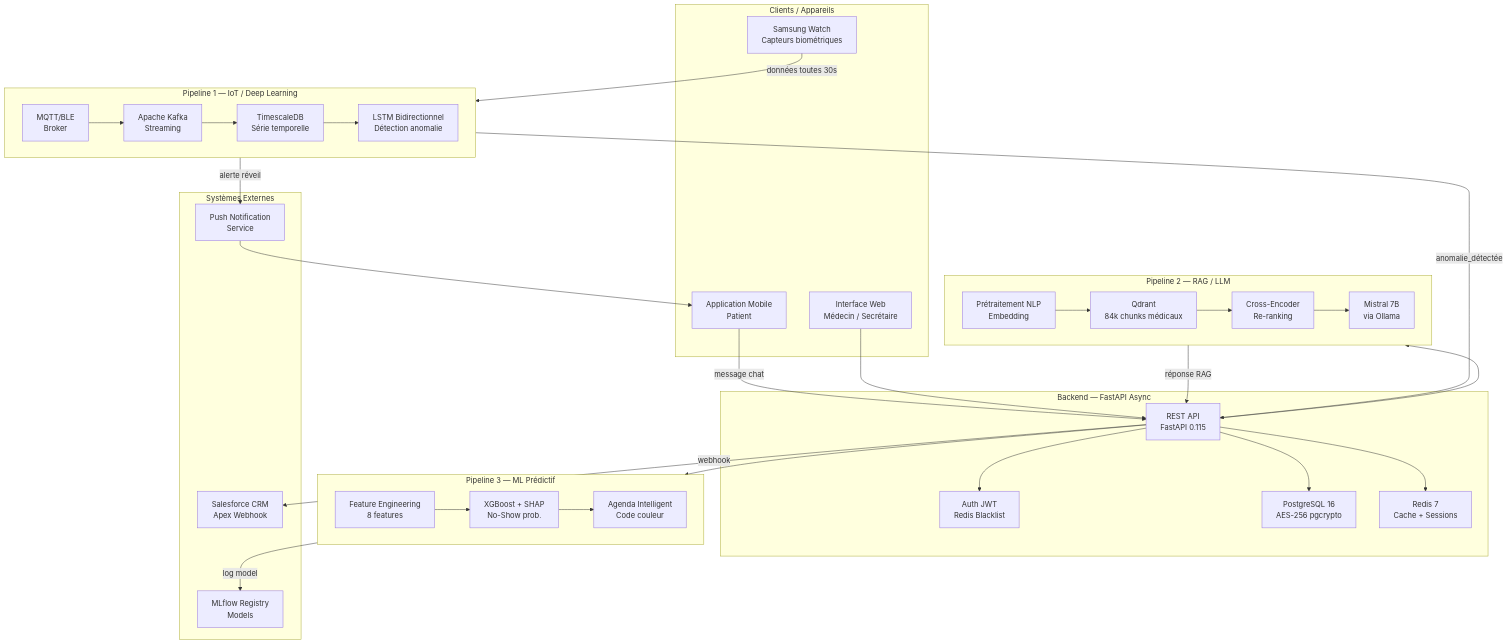
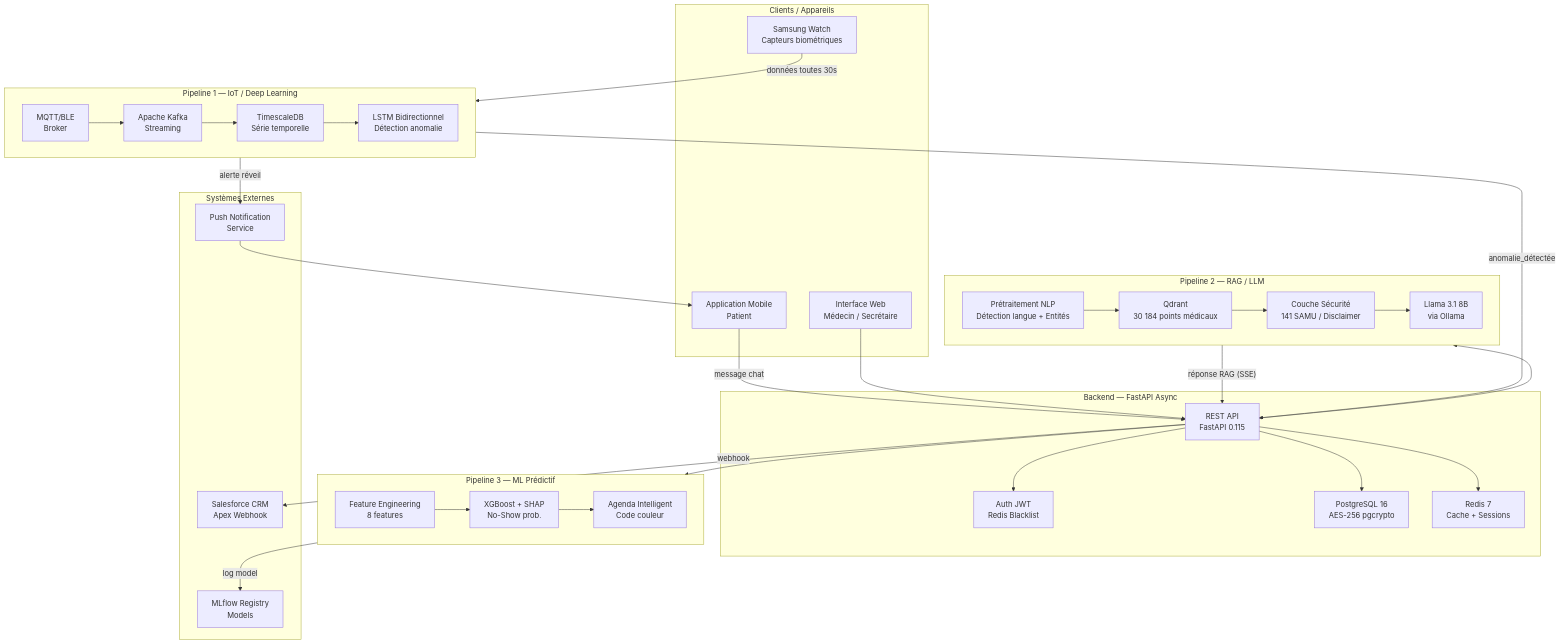
One commit to Boussyf0/MediSense-AI changed the first of 32 diagrams in docs/DIAGRAMMES.md. Above: the diagram before and after it, drawn with Mermaid. The commit also changed other lines of this file and 17 other files, not shown here.

````diff
--- a/docs/DIAGRAMMES.md
+++ b/docs/DIAGRAMMES.md
@@ -62,62 +62,62 @@
 ```mermaid
 flowchart TB
     subgraph Clients["Clients / Appareils"]
         WATCH["Samsung Watch<br/>Capteurs biométriques"]
         APP["Application Mobile<br/>Patient"]
         WEB["Interface Web<br/>Médecin / Secrétaire"]
     end
 
     subgraph P1["Pipeline 1 — IoT / Deep Learning"]
         direction LR
         MQTT["MQTT/BLE<br/>Broker"]
         KAFKA["Apache Kafka<br/>Streaming"]
         TS["TimescaleDB<br/>Série temporelle"]
         LSTM["LSTM Bidirectionnel<br/>Détection anomalie"]
     end
 
     subgraph P2["Pipeline 2 — RAG / LLM"]
         direction LR
-        NLP["Prétraitement NLP<br/>Embedding"]
-        QDRANT["Qdrant<br/>84k chunks médicaux"]
-        CE["Cross-Encoder<br/>Re-ranking"]
-        MISTRAL["Mistral 7B<br/>via Ollama"]
+        NLP["Prétraitement NLP<br/>Détection langue + Entités"]
+        QDRANT["Qdrant<br/>30 184 points médicaux"]
+        SAFETY["Couche Sécurité<br/>141 SAMU / Disclaimer"]
+        LLAMA["Llama 3.1 8B<br/>via Ollama"]
     end
 
     subgraph P3["Pipeline 3 — ML Prédictif"]
         direction LR
         FE["Feature Engineering<br/>8 features"]
         XGB["XGBoost + SHAP<br/>No-Show prob."]
         AGENDA["Agenda Intelligent<br/>Code couleur"]
     end
 
     subgraph Backend["Backend — FastAPI Async"]
         API["REST API<br/>FastAPI 0.115"]
         AUTH["Auth JWT<br/>Redis Blacklist"]
         DB["PostgreSQL 16<br/>AES-256 pgcrypto"]
         REDIS["Redis 7<br/>Cache + Sessions"]
     end
 
     subgraph Externe["Systèmes Externes"]
         SF["Salesforce CRM<br/>Apex Webhook"]
         PUSH["Push Notification<br/>Service"]
         MLFLOW["MLflow Registry<br/>Models"]
     end
 
     WATCH -->|"données toutes 30s"| MQTT
     MQTT --> KAFKA --> TS --> LSTM
     LSTM -->|"anomalie_détectée"| API
     LSTM -->|"alerte réveil"| PUSH
     PUSH --> APP
 
     APP -->|"message chat"| API
-    API --> NLP --> QDRANT --> CE --> MISTRAL
-    MISTRAL -->|"réponse RAG"| API
+    API --> NLP --> QDRANT --> SAFETY --> LLAMA
+    LLAMA -->|"réponse RAG (SSE)"| API
 
     WEB --> API
     API --> FE --> XGB --> AGENDA
     API --> AUTH
     API --> DB
     API --> REDIS
     API -->|"webhook"| SF
     XGB -->|"log model"| MLFLOW
 ```
````
